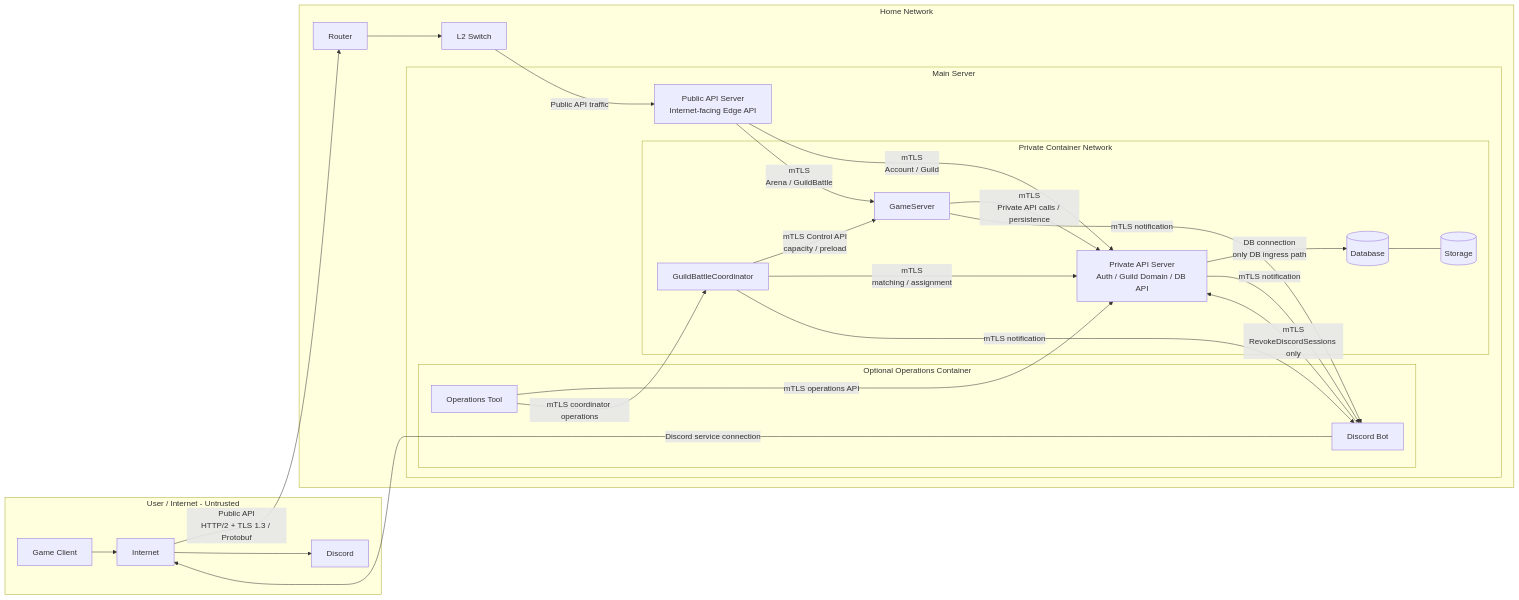
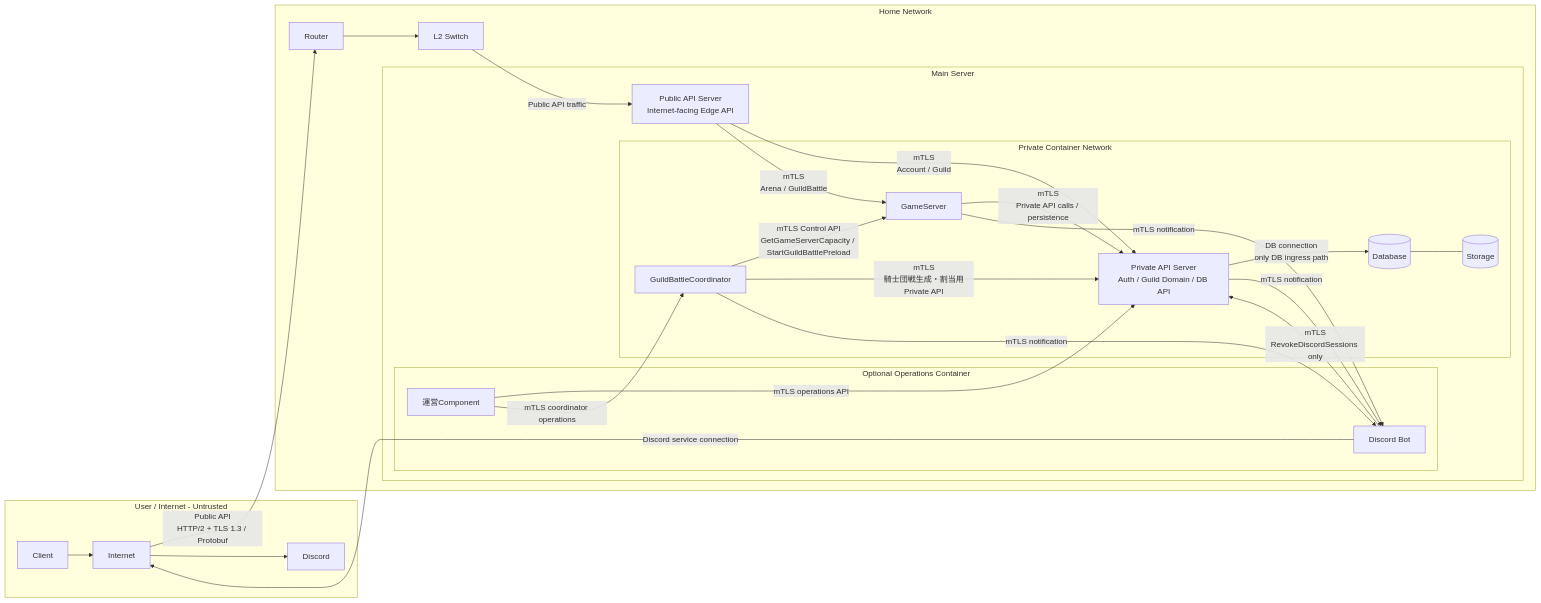
The first of 2 diagrams in design/system/network.md (ReHydrangeaOdyssey/Specifications), drawn with Mermaid before and after one commit. The commit also changed other lines of this file and 12 other files, not shown here.

Commit message:
図などの名称の統一

````diff
--- a/design/system/network.md
+++ b/design/system/network.md
@@ -5,55 +5,55 @@
 ```mermaid
 flowchart LR
     subgraph USER["User / Internet - Untrusted"]
-        client["Game Client"]
+        client["Client"]
         internet["Internet"]
         discord["Discord"]
         client --> internet
     end
 
     subgraph HOME["Home Network"]
         router["Router"]
         l2sw["L2 Switch"]
 
         subgraph HOST["Main Server"]
             public_api["Public API Server<br/>Internet-facing Edge API"]
 
             subgraph PRIVATE["Private Container Network"]
                 game["GameServer"]
                 coordinator["GuildBattleCoordinator"]
                 private_api["Private API Server<br/>Auth / Guild Domain / DB API"]
                 db[("Database")]
                 storage[("Storage")]
             end
 
             subgraph OPS["Optional Operations Container"]
                 bot["Discord Bot"]
-                ops["Operations Tool"]
+                ops["運営Component"]
             end
         end
     end
 
     internet -->|"Public API<br/>HTTP/2 + TLS 1.3 / Protobuf"| router
     router --> l2sw
     l2sw -->|"Public API traffic"| public_api
 
     public_api -->|"mTLS<br/>Account / Guild"| private_api
     public_api -->|"mTLS<br/>Arena / GuildBattle"| game
 
-    coordinator -->|"mTLS Control API<br/>capacity / preload"| game
-    coordinator -->|"mTLS<br/>matching / assignment"| private_api
+    coordinator -->|"mTLS Control API<br/>GetGameServerCapacity / StartGuildBattlePreload"| game
+    coordinator -->|"mTLS<br/>騎士団戦生成・割当用Private API"| private_api
     game -->|"mTLS<br/>Private API calls / persistence"| private_api
 
     private_api -->|"DB connection<br/>only DB ingress path"| db
     db --- storage
 
     game -->|"mTLS notification"| bot
     coordinator -->|"mTLS notification"| bot
     private_api -->|"mTLS notification"| bot
     bot -->|"mTLS<br/>RevokeDiscordSessions only"| private_api
     ops -->|"mTLS operations API"| private_api
     ops -->|"mTLS coordinator operations"| coordinator
 
     bot -->|"Discord service connection"| internet
     internet --> discord
 ```
````
